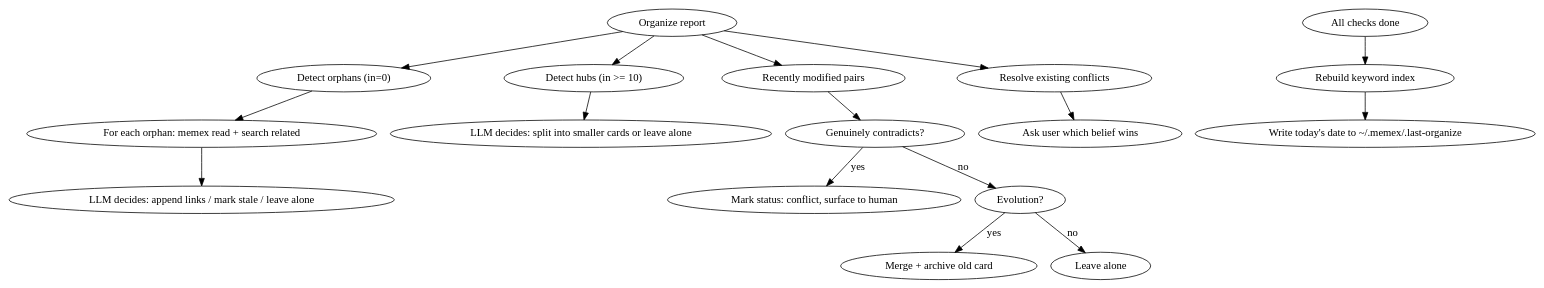
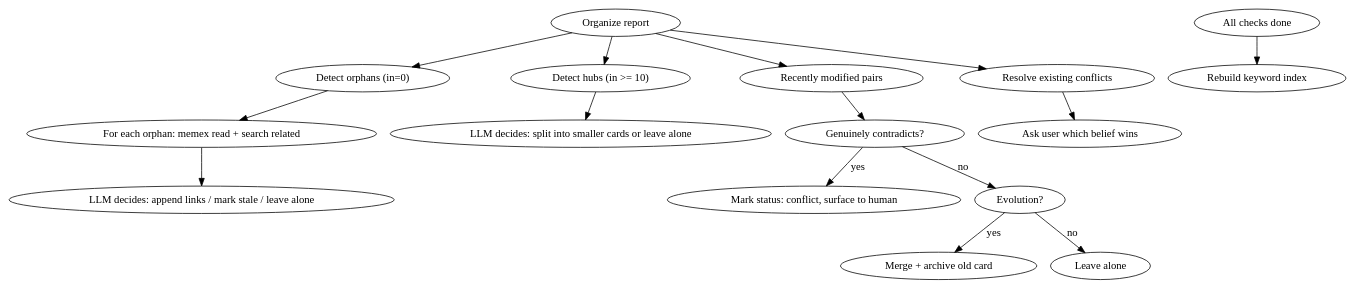
One commit to lheiskan/memex-go changed the diagram in skills/memex-organize/SKILL.md. Above: the diagram before and after it, drawn with Graphviz. The commit also changed other lines of this file and 48 other files, not shown here.

````diff
--- a/skills/memex-organize/SKILL.md
+++ b/skills/memex-organize/SKILL.md
@@ -28,19 +26,18 @@
 ```dot
 digraph organize {
     "Organize report" -> "Detect orphans (in=0)";
     "Detect orphans (in=0)" -> "For each orphan: memex read + search related";
     "For each orphan: memex read + search related" -> "LLM decides: append links / mark stale / leave alone";
     "Organize report" -> "Detect hubs (in >= 10)";
     "Detect hubs (in >= 10)" -> "LLM decides: split into smaller cards or leave alone";
     "Organize report" -> "Recently modified pairs";
     "Recently modified pairs" -> "Genuinely contradicts?" [shape=diamond];
     "Genuinely contradicts?" -> "Mark status: conflict, surface to human" [label="yes"];
     "Genuinely contradicts?" -> "Evolution?" [label="no"];
     "Evolution?" -> "Merge + archive old card" [label="yes"];
     "Evolution?" -> "Leave alone" [label="no"];
     "Organize report" -> "Resolve existing conflicts";
     "Resolve existing conflicts" -> "Ask user which belief wins";
     "All checks done" -> "Rebuild keyword index";
-    "Rebuild keyword index" -> "Write today's date to ~/.memex/.last-organize";
 }
 ```
````
